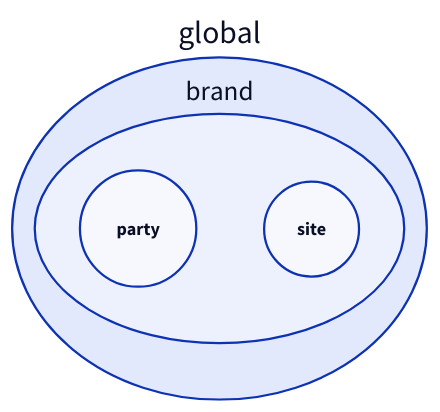
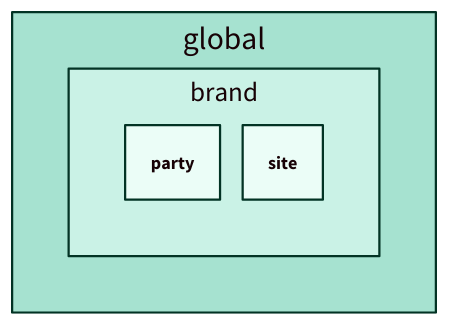
One commit to byceps/byceps changed the diagram in docs/concepts/scopes/scopes.d2. Above: the diagram before and after it, drawn with D2. The commit also changed 12 other files, not shown here.

First line of the commit message:
Recreate diagram images in documentation

```diff
--- a/docs/concepts/scopes/scopes.d2
+++ b/docs/concepts/scopes/scopes.d2
@@ -1,15 +1,13 @@
-# layout: elk
+vars: {
+  d2-config: {
+    layout-engine: elk
+    theme-id: 104
+  }
+}
 
 global: {
-  shape: circle
-
   brand: {
-    shape: circle
-
     party
-    party.shape: circle
-
     site
-    site.shape: circle
   }
 }
```
